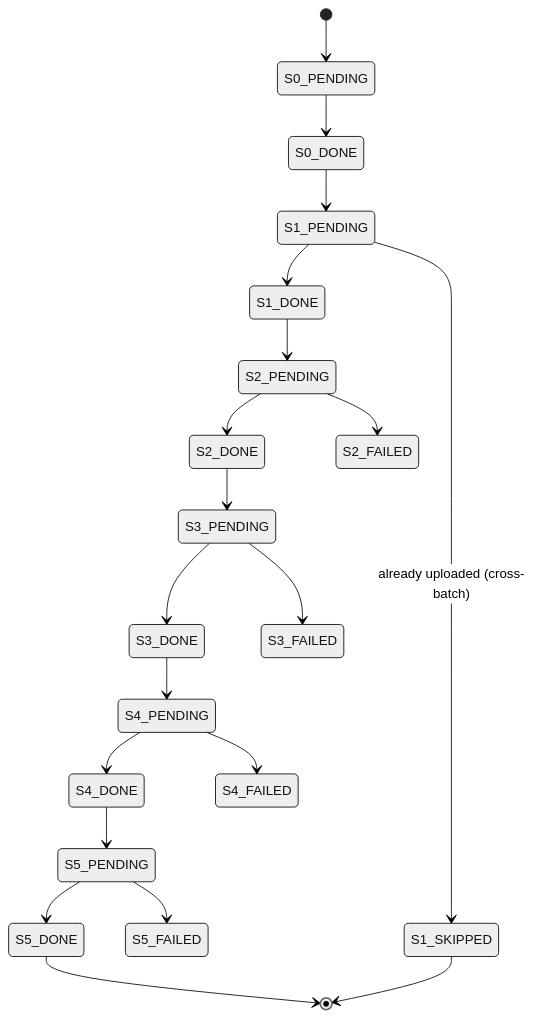
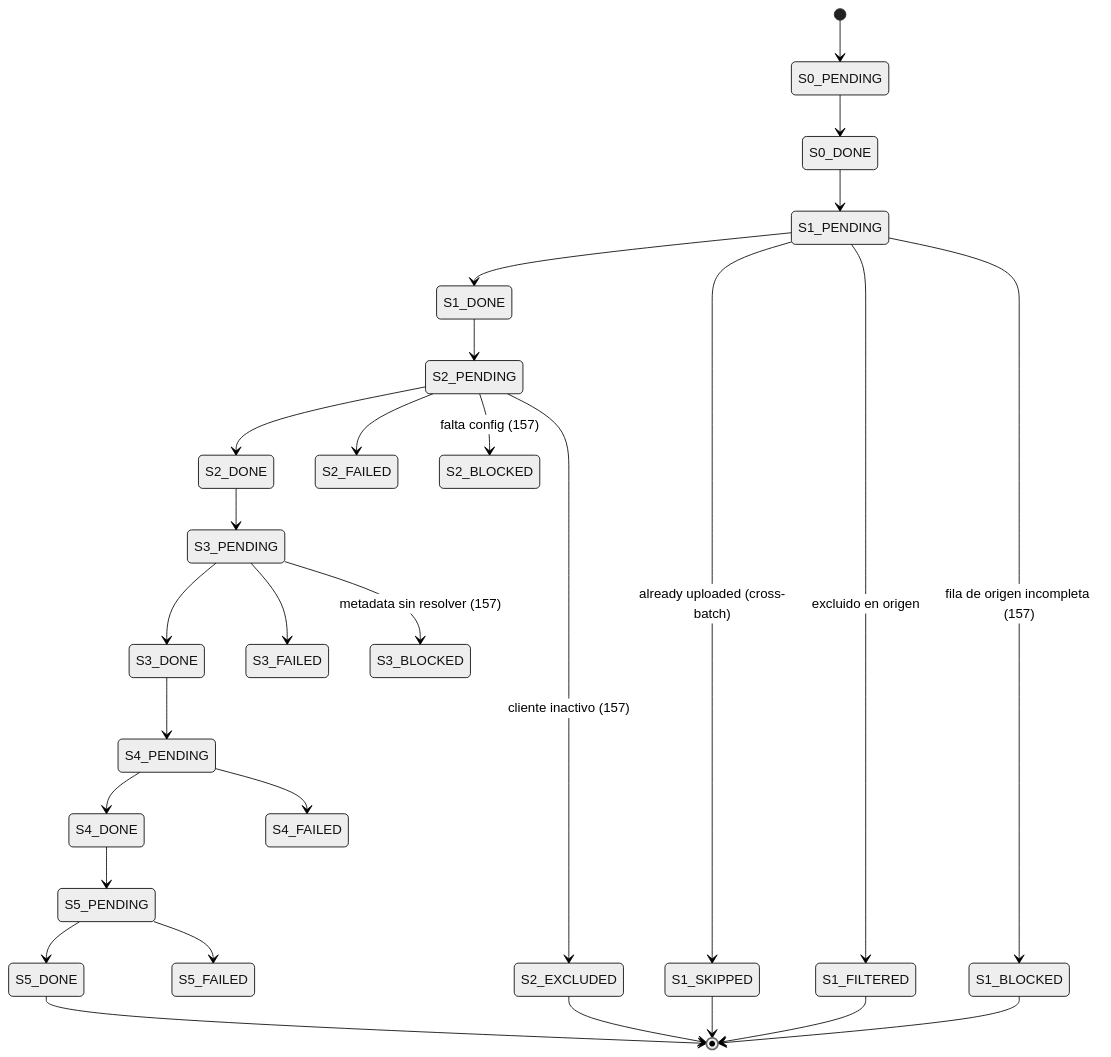
One commit to bitbreaker01/CMCourier changed the diagram in docs/reference/tracking-db-schema.md. Above: the diagram before and after it, drawn with Mermaid (neutral theme). The commit also changed other lines of this file and 29 other files, not shown here.

````diff
--- a/docs/reference/tracking-db-schema.md
+++ b/docs/reference/tracking-db-schema.md
@@ -156,22 +156,30 @@
 ```mermaid
 stateDiagram-v2
     [*] --> S0_PENDING
     S0_PENDING --> S0_DONE
     S0_DONE --> S1_PENDING
     S1_PENDING --> S1_DONE
     S1_PENDING --> S1_SKIPPED: already uploaded (cross-batch)
+    S1_PENDING --> S1_FILTERED: excluido en origen
+    S1_PENDING --> S1_BLOCKED: fila de origen incompleta (157)
     S1_DONE --> S2_PENDING
     S2_PENDING --> S2_DONE
     S2_PENDING --> S2_FAILED
+    S2_PENDING --> S2_BLOCKED: falta config (157)
+    S2_PENDING --> S2_EXCLUDED: cliente inactivo (157)
     S2_DONE --> S3_PENDING
     S3_PENDING --> S3_DONE
     S3_PENDING --> S3_FAILED
+    S3_PENDING --> S3_BLOCKED: metadata sin resolver (157)
     S3_DONE --> S4_PENDING
     S4_PENDING --> S4_DONE
     S4_PENDING --> S4_FAILED
     S4_DONE --> S5_PENDING
     S5_PENDING --> S5_DONE
     S5_PENDING --> S5_FAILED
     S5_DONE --> [*]
     S1_SKIPPED --> [*]
+    S1_FILTERED --> [*]
+    S1_BLOCKED --> [*]
+    S2_EXCLUDED --> [*]
 ```
````
